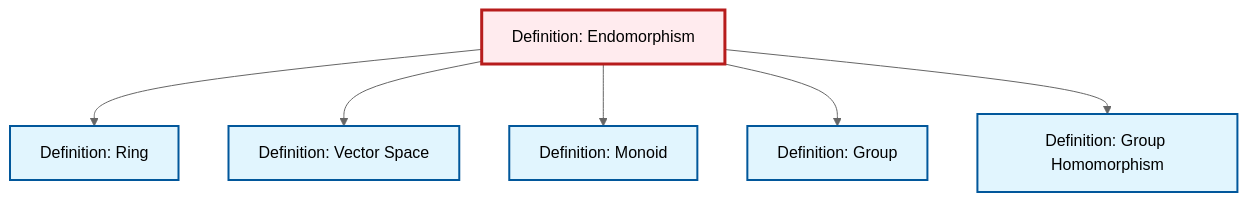
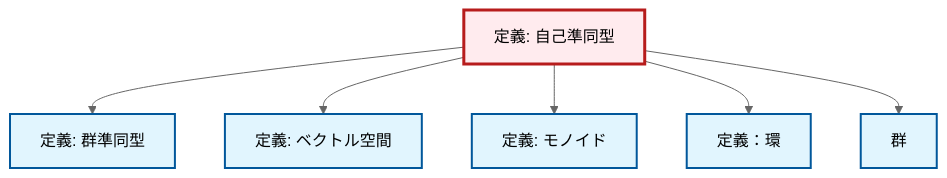
Before and after one commit to RK0429/ModernMath: the diagram in content/ja/algebra/def-endomorphism.qmd, drawn with Mermaid (neutral theme). The commit also changed 1069 other files, not shown here.

````diff
--- a/content/ja/algebra/def-endomorphism.qmd
+++ b/content/ja/algebra/def-endomorphism.qmd
@@ -90,26 +90,26 @@
 ```{mermaid}
 %%| fig-cap: "Local dependency graph"
 graph TD
     classDef definition fill:#e1f5fe,stroke:#01579b,stroke-width:2px
     classDef theorem fill:#f3e5f5,stroke:#4a148c,stroke-width:2px
     classDef axiom fill:#fff3e0,stroke:#e65100,stroke-width:2px
     classDef example fill:#e8f5e9,stroke:#1b5e20,stroke-width:2px
     classDef current fill:#ffebee,stroke:#b71c1c,stroke-width:3px
-    def-monoid["Definition: Monoid"]:::definition
-    def-group["Definition: Group"]:::definition
-    def-ring["Definition: Ring"]:::definition
-    def-homomorphism["Definition: Group Homomorphism"]:::definition
-    def-endomorphism["Definition: Endomorphism"]:::definition
-    def-vector-space["Definition: Vector Space"]:::definition
-    def-endomorphism --> def-ring
+    def-vector-space["定義: ベクトル空間"]:::definition
+    def-endomorphism["定義: 自己準同型"]:::definition
+    def-ring["定義：環"]:::definition
+    def-monoid["定義: モノイド"]:::definition
+    def-homomorphism["定義: 群準同型"]:::definition
+    def-group["群"]:::definition
+    def-endomorphism --> def-homomorphism
     def-endomorphism --> def-vector-space
     def-endomorphism --> def-monoid
+    def-endomorphism --> def-ring
     def-endomorphism --> def-group
-    def-endomorphism --> def-homomorphism
     class def-endomorphism current
-    click def-monoid "def-monoid.html" "Definition: Monoidへ"
-    click def-group "def-group.html" "Definition: Groupへ"
-    click def-ring "def-ring.html" "Definition: Ringへ"
-    click def-homomorphism "def-homomorphism.html" "Definition: Group Homomorphismへ"
-    click def-vector-space "def-vector-space.html" "Definition: Vector Spaceへ"
+    click def-vector-space "def-vector-space.html" "ベクトル空間の定義へ"
+    click def-ring "def-ring.html" "定義：環へ"
+    click def-monoid "def-monoid.html" "モノイドの定義へ"
+    click def-homomorphism "def-homomorphism.html" "群準同型の定義へ"
+    click def-group "def-group.html" "群へ"
 ```
````
